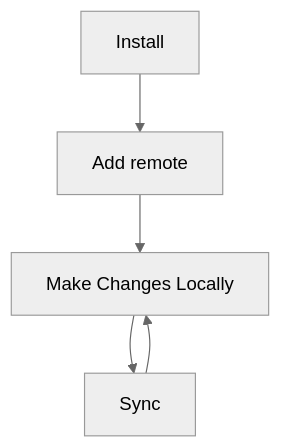
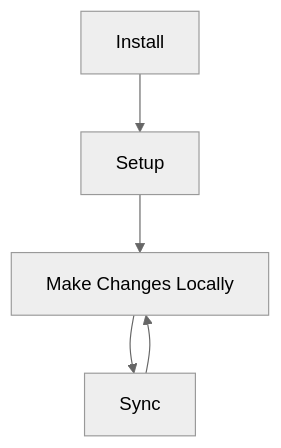
The diagram in README.md (Isuru2701/VCSync), drawn with Mermaid (neutral theme) before and after one commit. The commit also changed other lines of this file and 5 other files, not shown here.

````diff
--- a/README.md
+++ b/README.md
@@ -6,8 +6,8 @@
 ```mermaid
 flowchart TD
-    A[Install] --> B[Add remote]
+    A[Install] --> B[Setup]
     B--> C[Make Changes Locally]
     C--> D[Sync]
     D --> C
 
 ```
````
